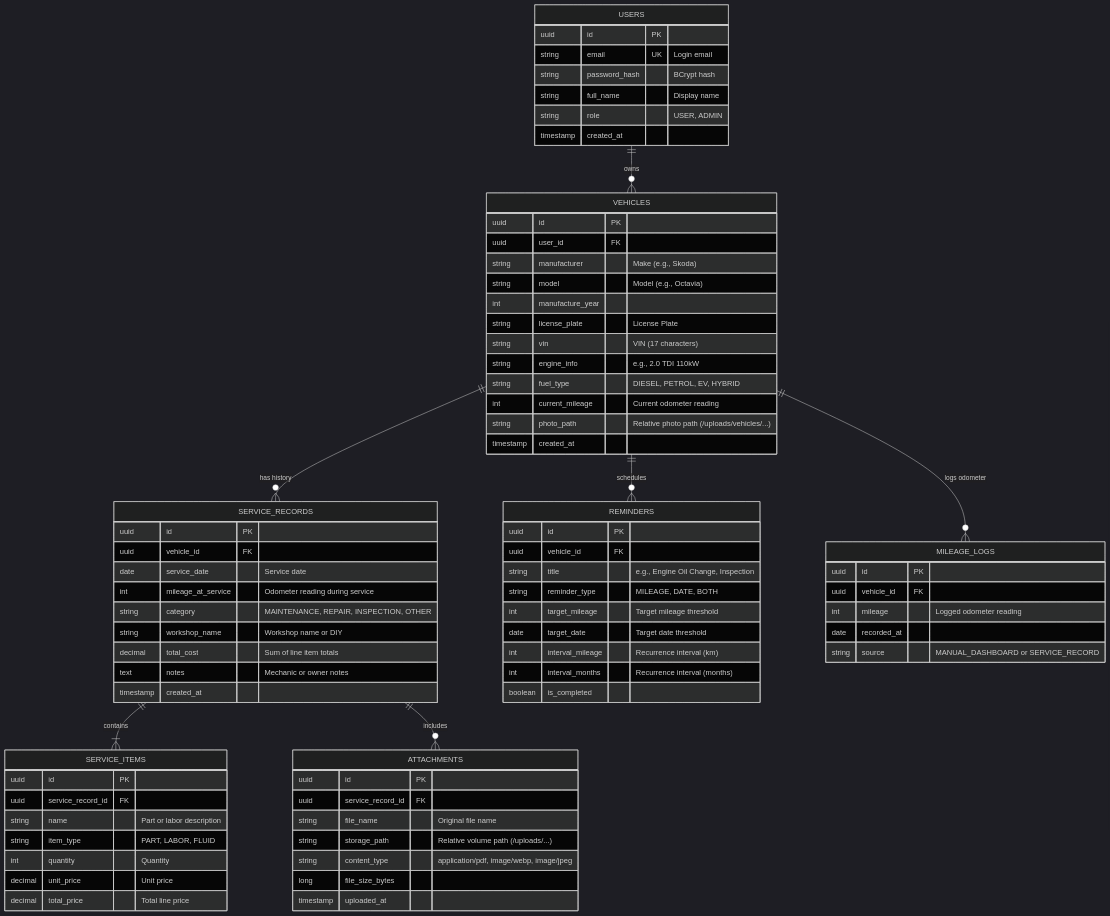
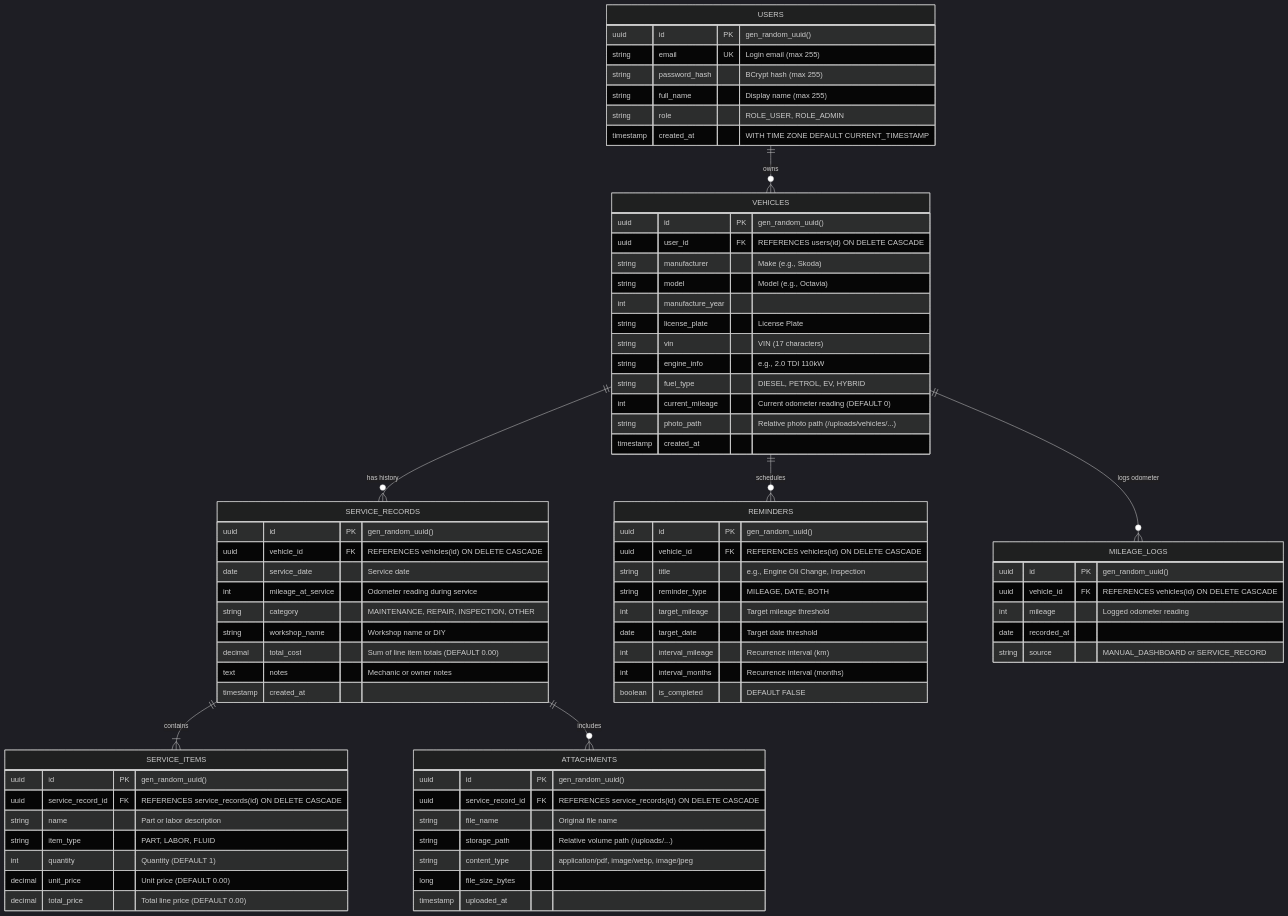
The second of 3 diagrams in docs/architecture.md (SamuelBrecka/PitBox), drawn with Mermaid (dark theme) before and after one commit. The commit also changed other lines of this file and 2 other files, not shown here.

Commit message:
docs: synchronize architectural contracts and add auth subsystem specification

````diff
--- a/docs/architecture.md
+++ b/docs/architecture.md
@@ -87,17 +107,17 @@
     SERVICE_RECORDS ||--o{ ATTACHMENTS : "includes"
 
     USERS {
-        uuid id PK
-        string email UK "Login email"
-        string password_hash "BCrypt hash"
-        string full_name "Display name"
-        string role "USER, ADMIN"
-        timestamp created_at
+        uuid id PK "gen_random_uuid()"
+        string email UK "Login email (max 255)"
+        string password_hash "BCrypt hash (max 255)"
+        string full_name "Display name (max 255)"
+        string role "ROLE_USER, ROLE_ADMIN"
+        timestamp created_at "WITH TIME ZONE DEFAULT CURRENT_TIMESTAMP"
     }
 
     VEHICLES {
-        uuid id PK
-        uuid user_id FK
+        uuid id PK "gen_random_uuid()"
+        uuid user_id FK "REFERENCES users(id) ON DELETE CASCADE"
         string manufacturer "Make (e.g., Skoda)"
         string model "Model (e.g., Octavia)"
         int manufacture_year
@@ -105,44 +125,44 @@
         string vin "VIN (17 characters)"
         string engine_info "e.g., 2.0 TDI 110kW"
         string fuel_type "DIESEL, PETROL, EV, HYBRID"
-        int current_mileage "Current odometer reading"
+        int current_mileage "Current odometer reading (DEFAULT 0)"
         string photo_path "Relative photo path (/uploads/vehicles/...)"
         timestamp created_at
     }
 
     MILEAGE_LOGS {
-        uuid id PK
-        uuid vehicle_id FK
+        uuid id PK "gen_random_uuid()"
+        uuid vehicle_id FK "REFERENCES vehicles(id) ON DELETE CASCADE"
         int mileage "Logged odometer reading"
         date recorded_at
         string source "MANUAL_DASHBOARD or SERVICE_RECORD"
     }
 
     SERVICE_RECORDS {
-        uuid id PK
-        uuid vehicle_id FK
+        uuid id PK "gen_random_uuid()"
+        uuid vehicle_id FK "REFERENCES vehicles(id) ON DELETE CASCADE"
         date service_date "Service date"
         int mileage_at_service "Odometer reading during service"
         string category "MAINTENANCE, REPAIR, INSPECTION, OTHER"
         string workshop_name "Workshop name or DIY"
-        decimal total_cost "Sum of line item totals"
+        decimal total_cost "Sum of line item totals (DEFAULT 0.00)"
         text notes "Mechanic or owner notes"
         timestamp created_at
     }
 
     SERVICE_ITEMS {
-        uuid id PK
-        uuid service_record_id FK
+        uuid id PK "gen_random_uuid()"
+        uuid service_record_id FK "REFERENCES service_records(id) ON DELETE CASCADE"
         string name "Part or labor description"
         string item_type "PART, LABOR, FLUID"
-        int quantity "Quantity"
-        decimal unit_price "Unit price"
-        decimal total_price "Total line price"
+        int quantity "Quantity (DEFAULT 1)"
+        decimal unit_price "Unit price (DEFAULT 0.00)"
+        decimal total_price "Total line price (DEFAULT 0.00)"
     }
 
     ATTACHMENTS {
-        uuid id PK
-        uuid service_record_id FK
+        uuid id PK "gen_random_uuid()"
+        uuid service_record_id FK "REFERENCES service_records(id) ON DELETE CASCADE"
         string file_name "Original file name"
         string storage_path "Relative volume path (/uploads/...)"
         string content_type "application/pdf, image/webp, image/jpeg"
@@ -151,14 +171,14 @@
     }
 
     REMINDERS {
-        uuid id PK
-        uuid vehicle_id FK
+        uuid id PK "gen_random_uuid()"
+        uuid vehicle_id FK "REFERENCES vehicles(id) ON DELETE CASCADE"
         string title "e.g., Engine Oil Change, Inspection"
         string reminder_type "MILEAGE, DATE, BOTH"
         int target_mileage "Target mileage threshold"
         date target_date "Target date threshold"
         int interval_mileage "Recurrence interval (km)"
         int interval_months "Recurrence interval (months)"
-        boolean is_completed
+        boolean is_completed "DEFAULT FALSE"
     }
 ```
````
